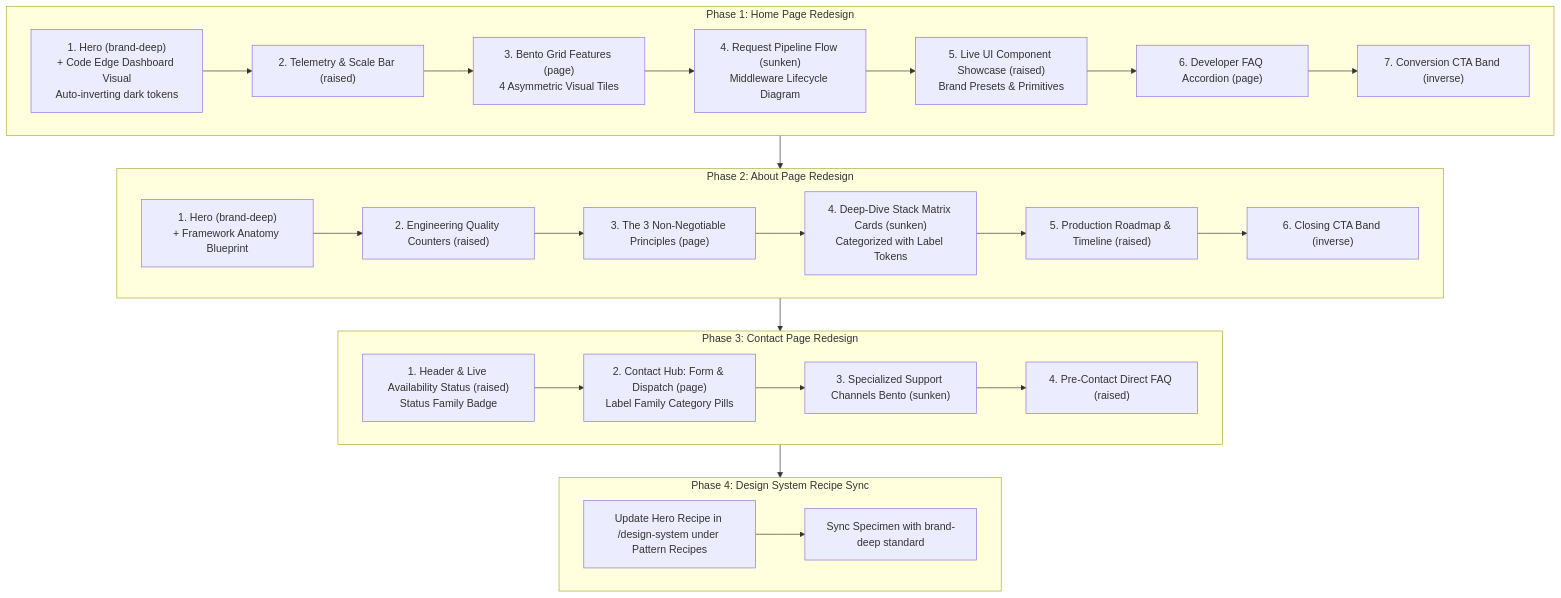
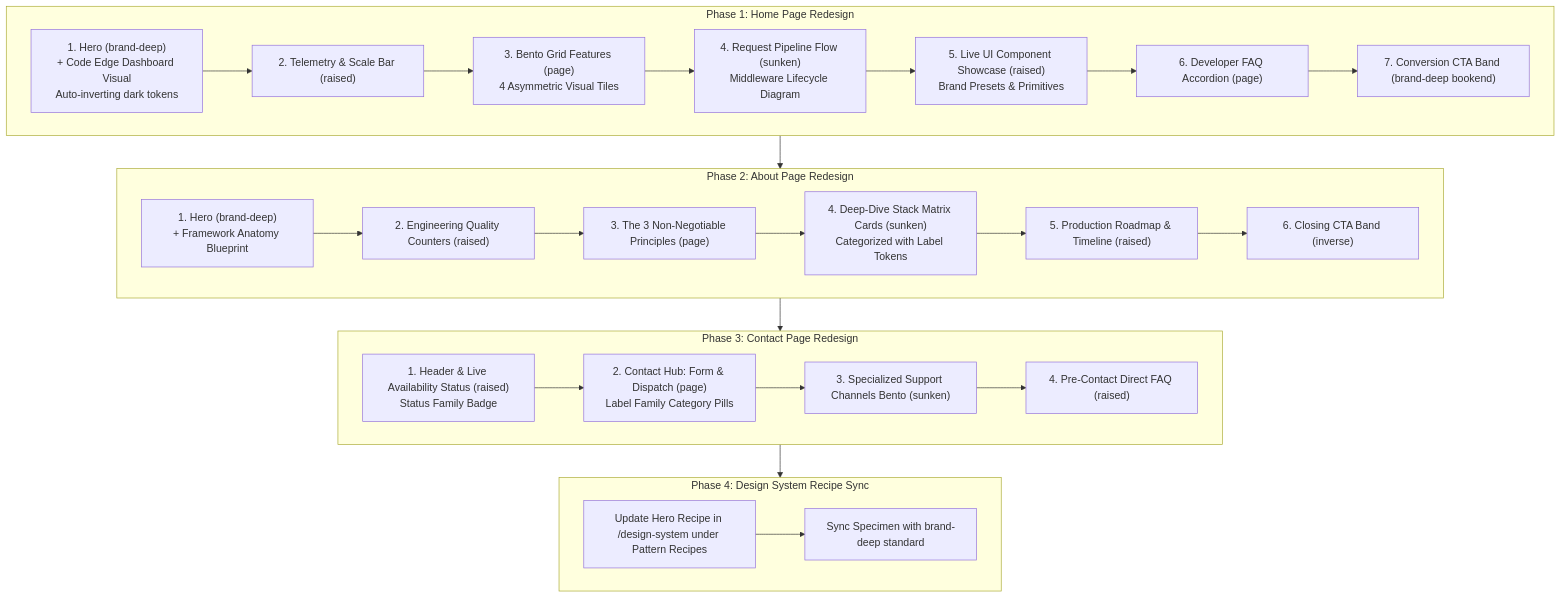
Before and after one commit to vishal-ranjan-codes/react-router-supabase-framework: the diagram in .docs/plans/03-public-pages-redesign/README.md, drawn with Mermaid. The commit also changed other lines of this file and 22 other files, not shown here.

````diff
--- a/.docs/plans/03-public-pages-redesign/README.md
+++ b/.docs/plans/03-public-pages-redesign/README.md
@@ -96,31 +96,31 @@
 ```mermaid
 flowchart TD
     subgraph P1["Phase 1: Home Page Redesign"]
         H1["1. Hero (brand-deep)<br/>+ Code Edge Dashboard Visual<br/>Auto-inverting dark tokens"] --> H2["2. Telemetry & Scale Bar (raised)"]
         H2 --> H3["3. Bento Grid Features (page)<br/>4 Asymmetric Visual Tiles"]
         H3 --> H4["4. Request Pipeline Flow (sunken)<br/>Middleware Lifecycle Diagram"]
         H4 --> H5["5. Live UI Component Showcase (raised)<br/>Brand Presets & Primitives"]
         H5 --> H6["6. Developer FAQ Accordion (page)"]
-        H6 --> H7["7. Conversion CTA Band (inverse)"]
+        H6 --> H7["7. Conversion CTA Band (brand-deep bookend)"]
     end
 
     subgraph P2["Phase 2: About Page Redesign"]
         A1["1. Hero (brand-deep)<br/>+ Framework Anatomy Blueprint"] --> A2["2. Engineering Quality Counters (raised)"]
         A2 --> A3["3. The 3 Non-Negotiable Principles (page)"]
         A3 --> A4["4. Deep-Dive Stack Matrix Cards (sunken)<br/>Categorized with Label Tokens"]
         A4 --> A5["5. Production Roadmap & Timeline (raised)"]
         A5 --> A6["6. Closing CTA Band (inverse)"]
     end
 
     subgraph P3["Phase 3: Contact Page Redesign"]
         C1["1. Header & Live Availability Status (raised)<br/>Status Family Badge"] --> C2["2. Contact Hub: Form & Dispatch (page)<br/>Label Family Category Pills"]
         C2 --> C3["3. Specialized Support Channels Bento (sunken)"]
         C3 --> C4["4. Pre-Contact Direct FAQ (raised)"]
     end
 
     subgraph P4["Phase 4: Design System Recipe Sync"]
         DS1["Update Hero Recipe in /design-system under Pattern Recipes"] --> DS2["Sync Specimen with brand-deep standard"]
     end
 
     P1 --> P2 --> P3 --> P4
 ```
````
